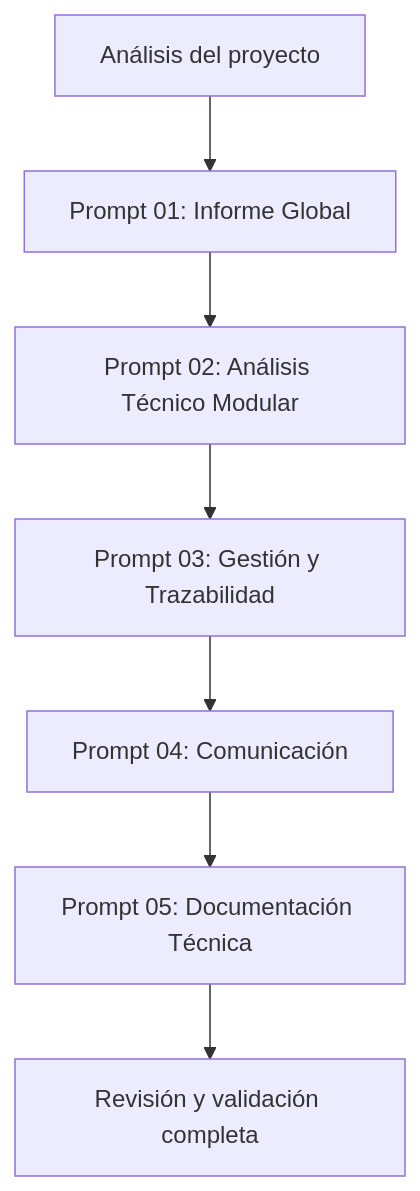
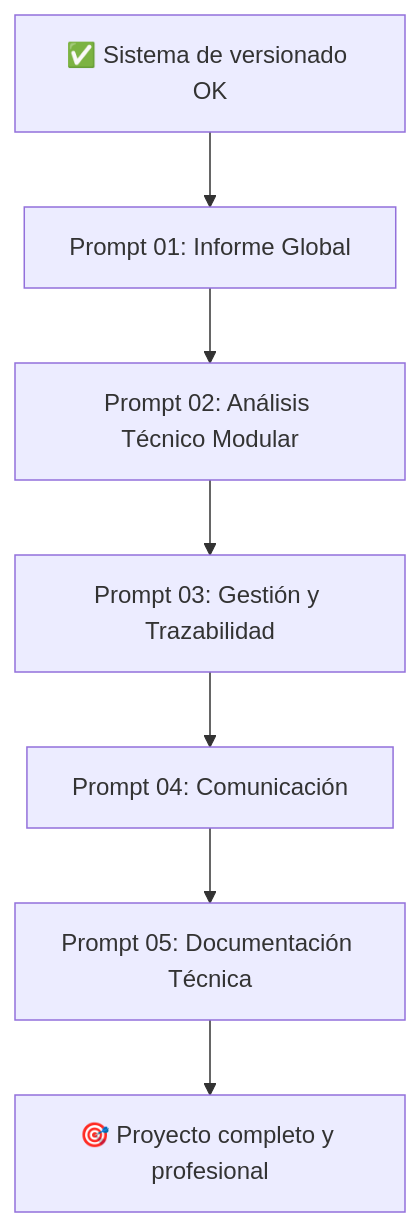
The second of 3 diagrams in documentacion/agente/README.md (TrainHeartX/ProyectoHUV9GESTOR_ONCOLOGIA), drawn with Mermaid before and after one commit. The commit also changed other lines of this file and 24 other files, not shown here.

````diff
--- a/documentacion/agente/README.md
+++ b/documentacion/agente/README.md
@@ -107,9 +154,9 @@
 ```mermaid
 graph TD
-    A[Análisis del proyecto] --> B[Prompt 01: Informe Global]
+    A[✅ Sistema de versionado OK] --> B[Prompt 01: Informe Global]
     B --> C[Prompt 02: Análisis Técnico Modular]
     C --> D[Prompt 03: Gestión y Trazabilidad]
     D --> E[Prompt 04: Comunicación]
     E --> F[Prompt 05: Documentación Técnica]
-    F --> G[Revisión y validación completa]
+    F --> G[🎯 Proyecto completo y profesional]
 ```
````
